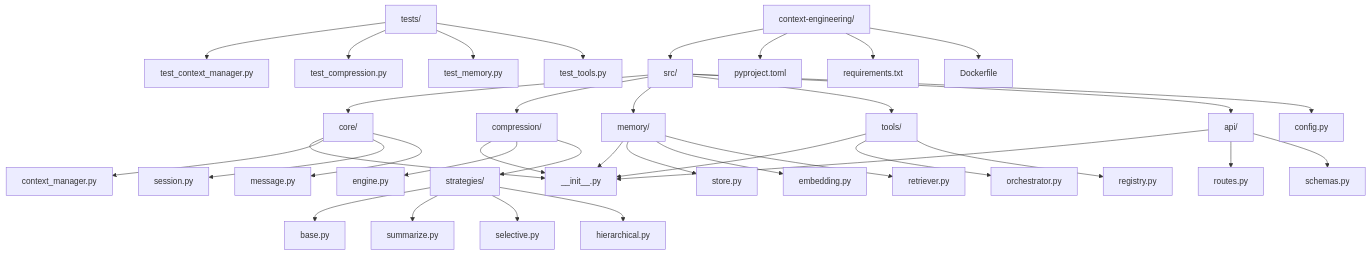
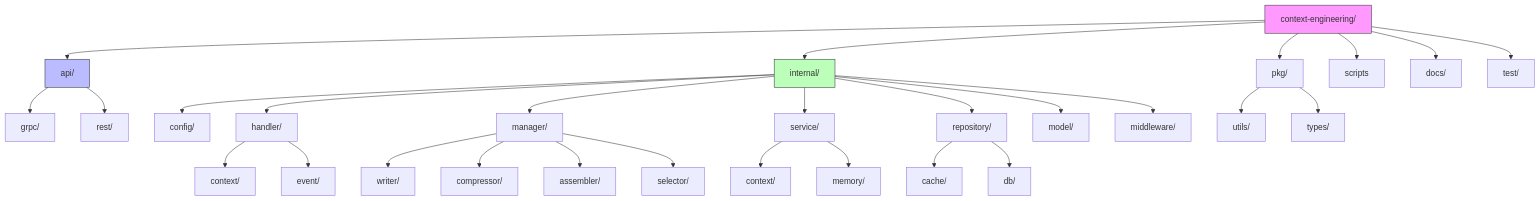
One commit to 352775098-dev/ContextService changed diagram 16 of 27 in docs/architecture.md.md. Above: the diagram before and after it, drawn with Mermaid. The commit also changed other lines of this file, not shown here.

````diff
--- a/docs/architecture.md.md
+++ b/docs/architecture.md.md
@@ -392,47 +567,38 @@
 ```mermaid
 graph TD
     root["context-engineering/"]
-    root --> src["src/"]
-    src --> core["core/"]
-    core --> __init__["__init__.py"]
-    core --> context_manager["context_manager.py"]
-    core --> session["session.py"]
-    core --> message["message.py"]
+    root --> api["api/"]
+    api --> grpc["grpc/"]
+    api --> rest["rest/"]
     
-    src --> compression["compression/"]
-    compression --> __init__["__init__.py"]
-    compression --> engine["engine.py"]
-    compression --> strategies["strategies/"]
-    strategies --> base["base.py"]
-    strategies --> summarize["summarize.py"]
-    strategies --> selective["selective.py"]
-    strategies --> hierarchical["hierarchical.py"]
+    root --> internal["internal/"]
+    internal --> config["config/"]
+    internal --> handler["handler/"]
+    handler --> context["context/"]
+    handler --> event["event/"]
+    internal --> manager["manager/"]
+    manager --> writer["writer/"]
+    manager --> compressor["compressor/"]
+    manager --> assembler["assembler/"]
+    manager --> selector["selector/"]
+    internal --> service["service/"]
+    service --> contextsvc["context/"]
+    service --> memorysvc["memory/"]
+    internal --> repository["repository/"]
+    repository --> cache["cache/"]
+    repository --> db["db/"]
+    internal --> model["model/"]
+    internal --> middleware["middleware/"]
     
-    src --> memory["memory/"]
-    memory --> __init__["__init__.py"]
-    memory --> store["store.py"]
-    memory --> embedding["embedding.py"]
-    memory --> retriever["retriever.py"]
+    root --> pkg["pkg/"]
+    pkg --> utils["utils/"]
+    pkg --> types["types/"]
     
-    src --> tools["tools/"]
-    tools --> __init__["__init__.py"]
-    tools --> orchestrator["orchestrator.py"]
-    tools --> registry["registry.py"]
+    root --> scripts["scripts"]
+    root --> docs["docs/"]
+    root --> test["test/"]
     
-    src --> api["api/"]
-    api --> __init__["__init__.py"]
-    api --> routes["routes.py"]
-    api --> schemas["schemas.py"]
-    
-    src --> config["config.py"]
-    
-    tests["tests/"]
-    tests --> test_context["test_context_manager.py"]
-    tests --> test_compression["test_compression.py"]
-    tests --> test_memory["test_memory.py"]
-    tests --> test_tools["test_tools.py"]
-    
-    root --> pyproject["pyproject.toml"]
-    root --> requirements["requirements.txt"]
-    root --> docker["Dockerfile"]
+    style root fill:#f9f,stroke:#333
+    style api fill:#bbf,stroke:#333
+    style internal fill:#bfb,stroke:#333
 ```
````
